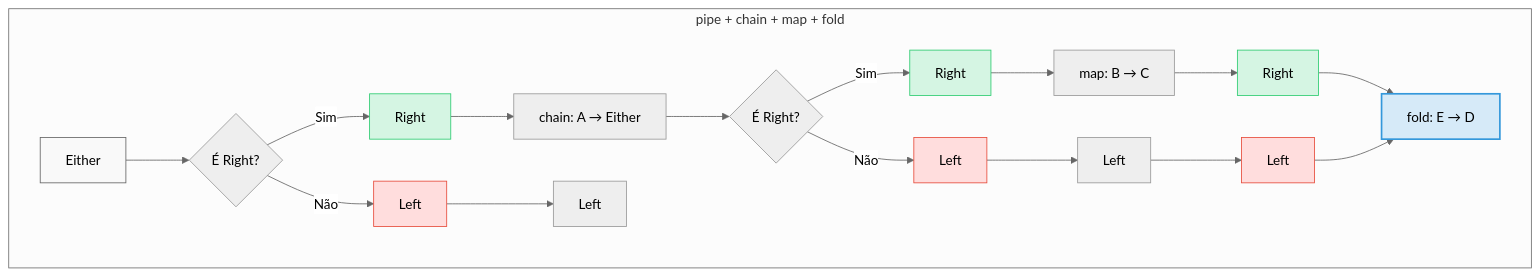
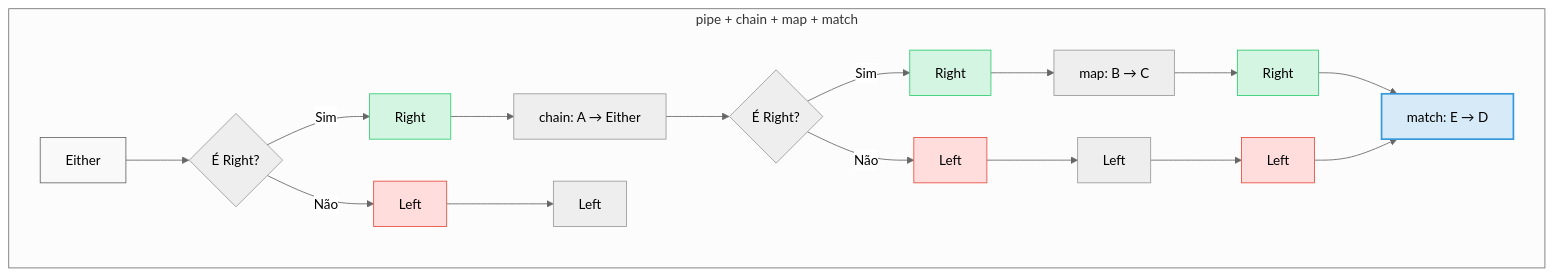
Before and after one commit to scovl/scovl.github.io: the fifth of 5 diagrams in blog/content/post/tserr.md, drawn with Mermaid (neutral theme). The commit also changed other lines of this file, not shown here.

````diff
--- a/blog/content/post/tserr.md
+++ b/blog/content/post/tserr.md
@@ -410,43 +414,43 @@
 ```mermaid
 graph TD
     A[Either<E, A>] --> B{É Right?}
     B -->|Sim| C[Right<A>]
     B -->|Não| D[Left<E>]
     C --> E[chain: A → Either<E, B>]
     D --> F[Left<E>]
     E --> G{É Right?}
     G -->|Sim| H[Right<B>]
     G -->|Não| I[Left<E>]
     H --> J[map: B → C]
     I --> K[Left<E>]
     J --> L[Right<C>]
     K --> M[Left<E>]
-    L --> N[fold: C → D]
-    M --> N[fold: E → D]
-
-    subgraph "pipe + chain + map + fold"
+        L --> N[match: C → D]
+    M --> N[match: E → D]
+    
+    subgraph "pipe + chain + map + match"
     A
     B
     C
     D
     E
     F
     G
     H
     I
     J
     K
     L
     M
     N
     end
 
     style A fill:#f9f9f9,stroke:#666
     style C fill:#d5f5e3,stroke:#2ecc71
     style D fill:#ffdddd,stroke:#e74c3c
     style H fill:#d5f5e3,stroke:#2ecc71
     style I fill:#ffdddd,stroke:#e74c3c
     style L fill:#d5f5e3,stroke:#2ecc71
     style M fill:#ffdddd,stroke:#e74c3c
     style N fill:#d6eaf8,stroke:#3498db,stroke-width:2px
 ```
````
